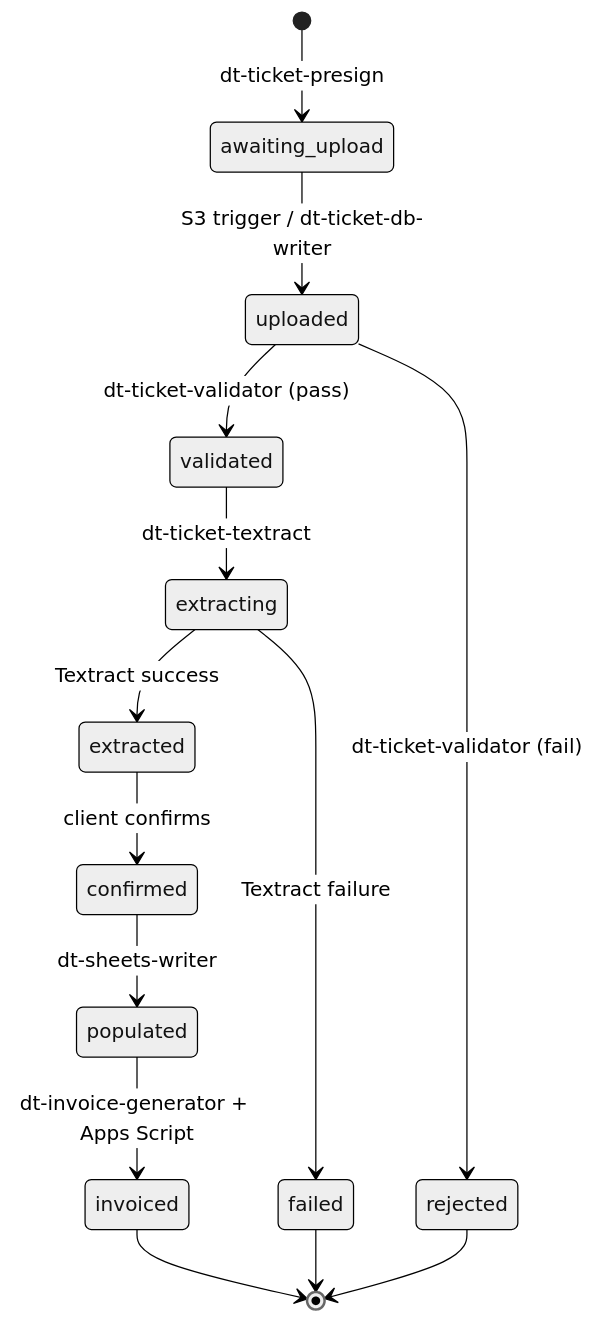
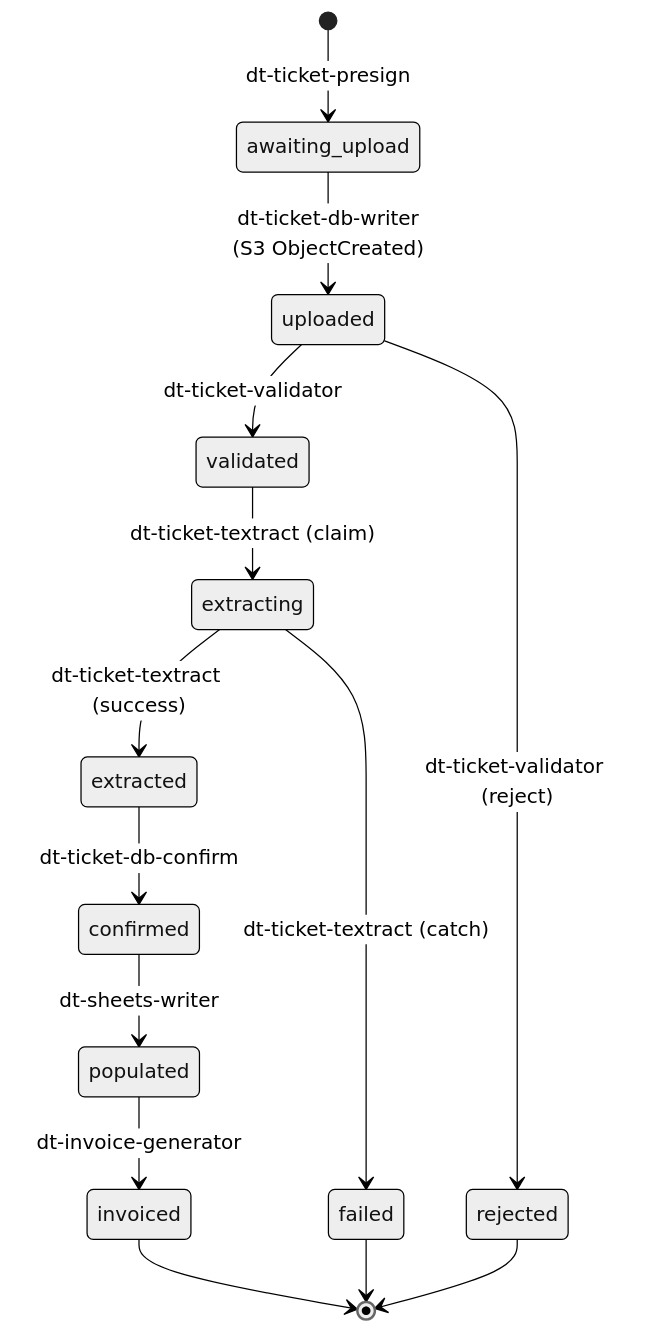
Before and after one commit to artomatiq/ccs-ticket-backend: the second of 2 diagrams in ARCHITECTURE.MD, drawn with Mermaid (neutral theme). The commit also changed other lines of this file, not shown here.

````diff
--- a/ARCHITECTURE.MD
+++ b/ARCHITECTURE.MD
@@ -50,16 +146,16 @@
 ```mermaid
 stateDiagram-v2
     [*] --> awaiting_upload: dt-ticket-presign
-    awaiting_upload --> uploaded: S3 trigger / dt-ticket-db-writer
-    uploaded --> validated: dt-ticket-validator (pass)
-    uploaded --> rejected: dt-ticket-validator (fail)
-    validated --> extracting: dt-ticket-textract
-    extracting --> extracted: Textract success
-    extracting --> failed: Textract failure
-    extracted --> confirmed: client confirms
+    awaiting_upload --> uploaded: dt-ticket-db-writer<br/>(S3 ObjectCreated)
+    uploaded --> validated: dt-ticket-validator
+    uploaded --> rejected: dt-ticket-validator (reject)
+    validated --> extracting: dt-ticket-textract (claim)
+    extracting --> extracted: dt-ticket-textract (success)
+    extracting --> failed: dt-ticket-textract (catch)
+    extracted --> confirmed: dt-ticket-db-confirm
     confirmed --> populated: dt-sheets-writer
-    populated --> invoiced: dt-invoice-generator + Apps Script
+    populated --> invoiced: dt-invoice-generator
     invoiced --> [*]
     rejected --> [*]
     failed --> [*]
 ```
````
